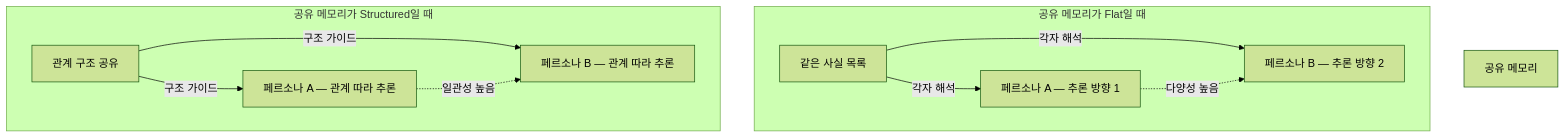
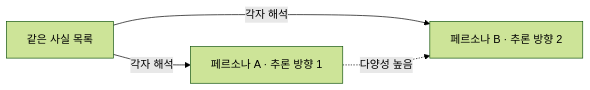
The sixth of 7 diagrams in _posts/2026-04-26-structured-memory-long-horizon.md (pheeree/pheeree.github.io), drawn with Mermaid (forest theme) before and after one commit. The commit also changed other lines of this file and 10 other files, not shown here.

````diff
--- a/_posts/2026-04-26-structured-memory-long-horizon.md
+++ b/_posts/2026-04-26-structured-memory-long-horizon.md
@@ -112,22 +130,6 @@
 ```mermaid
-flowchart TD
-  shared["공유 메모리"]
-
-  subgraph flat_case["공유 메모리가 Flat일 때"]
-    sf["같은 사실 목록"]
-    p1["페르소나 A — 추론 방향 1"]
-    p2["페르소나 B — 추론 방향 2"]
-    sf -->|"각자 해석"| p1
-    sf -->|"각자 해석"| p2
-    p1 -.다양성 높음.-> p2
-  end
-
-  subgraph struct_case["공유 메모리가 Structured일 때"]
-    ss["관계 구조 공유"]
-    q1["페르소나 A — 관계 따라 추론"]
-    q2["페르소나 B — 관계 따라 추론"]
-    ss -->|"구조 가이드"| q1
-    ss -->|"구조 가이드"| q2
-    q1 -.일관성 높음.-> q2
-  end
+flowchart LR
+  sf["같은 사실 목록"] -- "각자 해석" --> p1["페르소나 A · 추론 방향 1"]
+  sf -- "각자 해석" --> p2["페르소나 B · 추론 방향 2"]
+  p1 -. "다양성 높음" .-> p2
 ```
````
